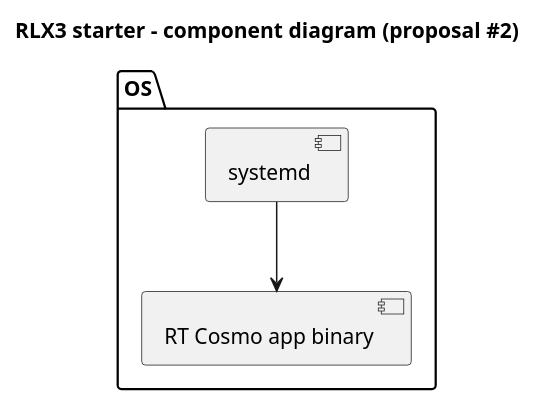
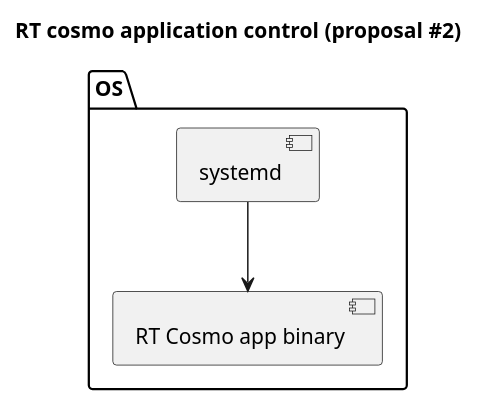
The diagram in proposals/2_rtcosmo_app_mng_component_proposal2.plantuml (hus0/sandbox), drawn with PlantUML before and after one commit. The commit also changed 6 other files, not shown here.

Commit message:
Change figure's title

```diff
--- a/proposals/2_rtcosmo_app_mng_component_proposal2.plantuml
+++ b/proposals/2_rtcosmo_app_mng_component_proposal2.plantuml
@@ -1,12 +1,12 @@
 @startuml
 
-title RLX3 starter - component diagram (proposal #2)
+title RT cosmo application control (proposal #2)
 
 package "OS" {
     component [systemd] as systemd
     component [RT Cosmo app binary] as rtcosmoapp
 }
 
 systemd -down-> rtcosmoapp
 
 @enduml
```
